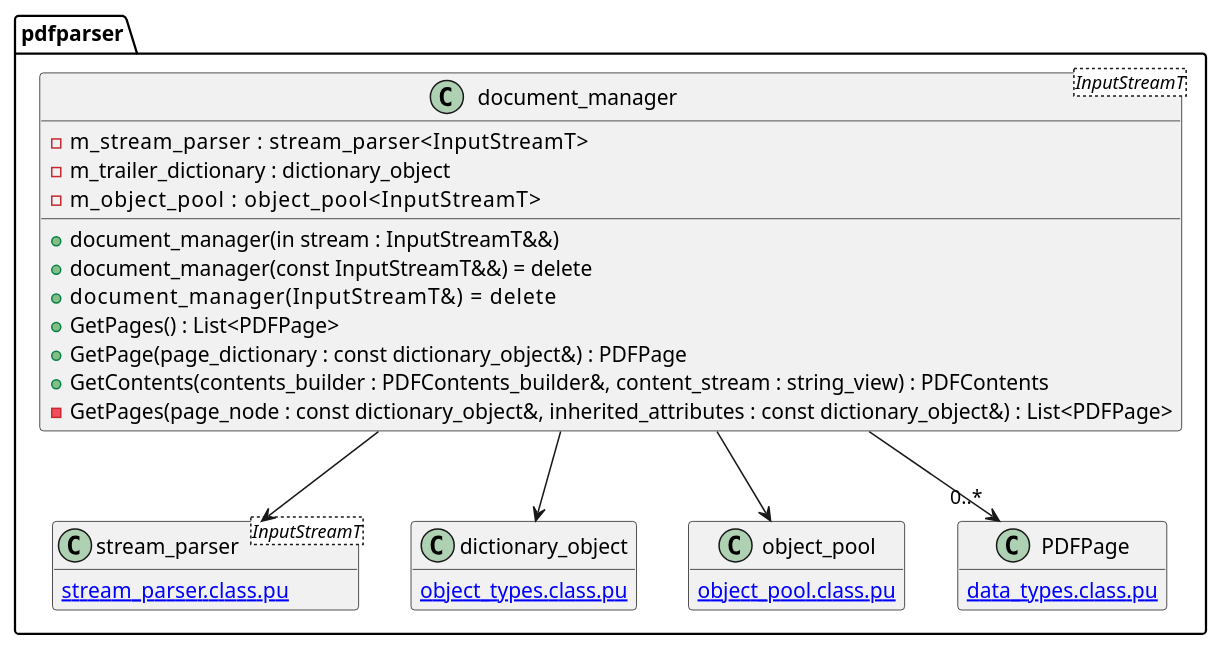
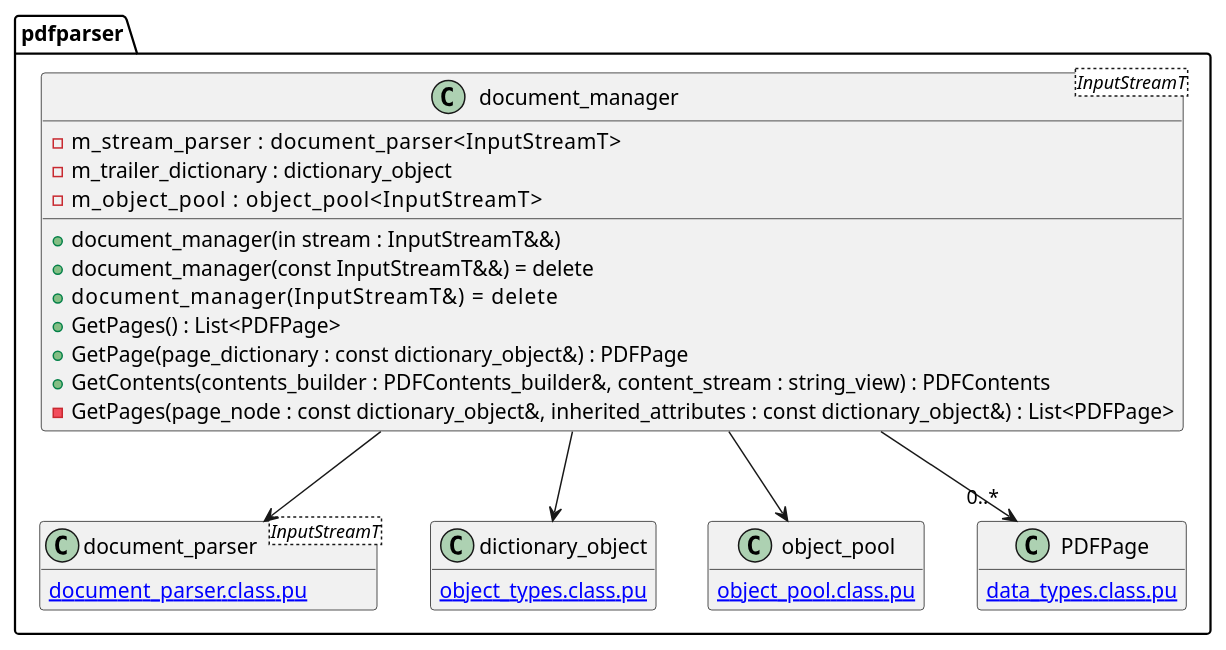
The diagram in document/document_manager/document_manager.class.pu (KodaiYM/PDFReader), drawn with PlantUML before and after one commit. The commit also changed 10 other files, not shown here.

Commit message:
stream_parser を document_parser に名前変更

```diff
--- a/document/document_manager/document_manager.class.pu
+++ b/document/document_manager/document_manager.class.pu
@@ -1,34 +1,34 @@
 @startuml document_manager
 hide empty members
 namespace pdfparser {
 class document_manager<InputStreamT> {
-	-m_stream_parser      : stream_parser<InputStreamT>
+	-m_stream_parser      : document_parser<InputStreamT>
 	-m_trailer_dictionary : dictionary_object
 	-m_object_pool        : object_pool<InputStreamT>
 
 	+document_manager(in stream : InputStreamT&&)
 	+document_manager(const InputStreamT&&) = delete
 	+document_manager(InputStreamT&)        = delete
 	+GetPages() : List<PDFPage>
 	+GetPage(page_dictionary : const dictionary_object&) : PDFPage
 	+GetContents(contents_builder : PDFContents_builder&, content_stream : string_view) : PDFContents
 	-GetPages(page_node : const dictionary_object&, inherited_attributes : const dictionary_object&) : List<PDFPage>
 }
-document_manager --> stream_parser
+document_manager --> document_parser
 document_manager --> dictionary_object 
 document_manager --> object_pool
 document_manager --> "0..*" PDFPage
 
-class stream_parser<InputStreamT> {
-	[[stream_parser.class.pu]]
+class document_parser<InputStreamT> {
+	[[document_parser.class.pu]]
 }
 class object_pool {
 	[[object_pool.class.pu]]
 }
 class dictionary_object {
 	[[object_types.class.pu]]
 }
 class PDFPage {
 	[[data_types.class.pu]]
 }
 @enduml
```
